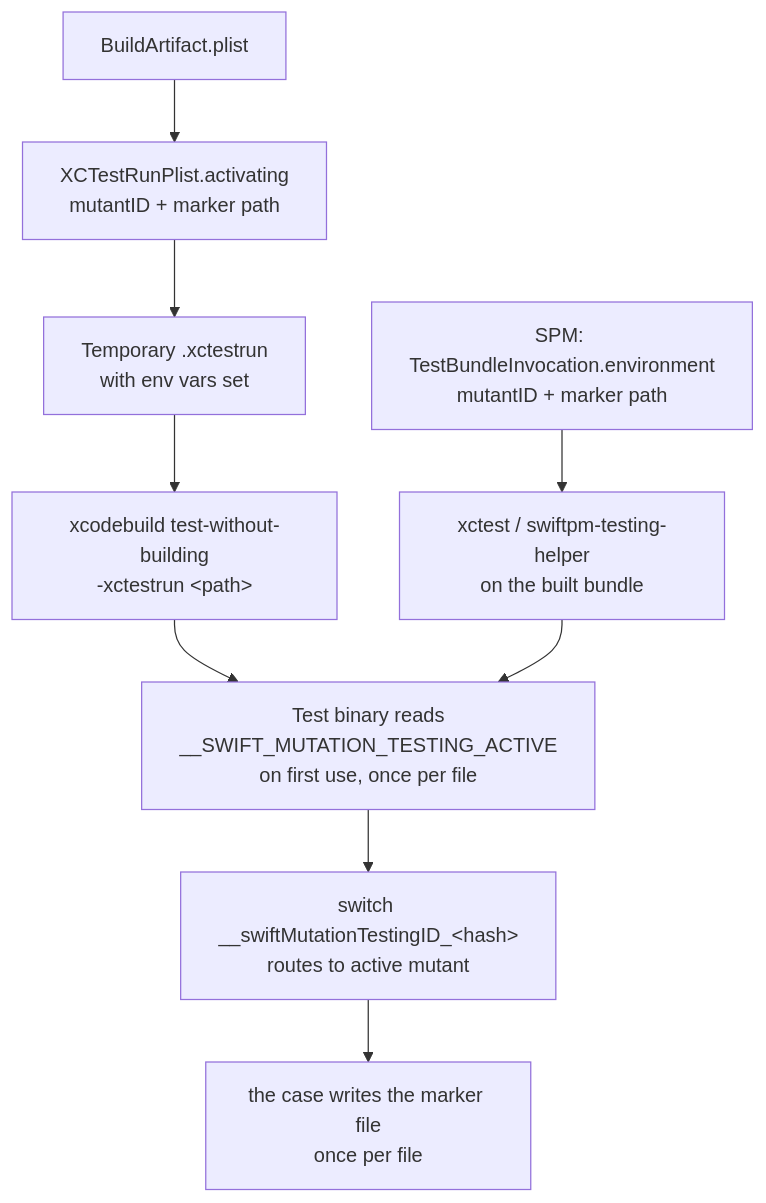
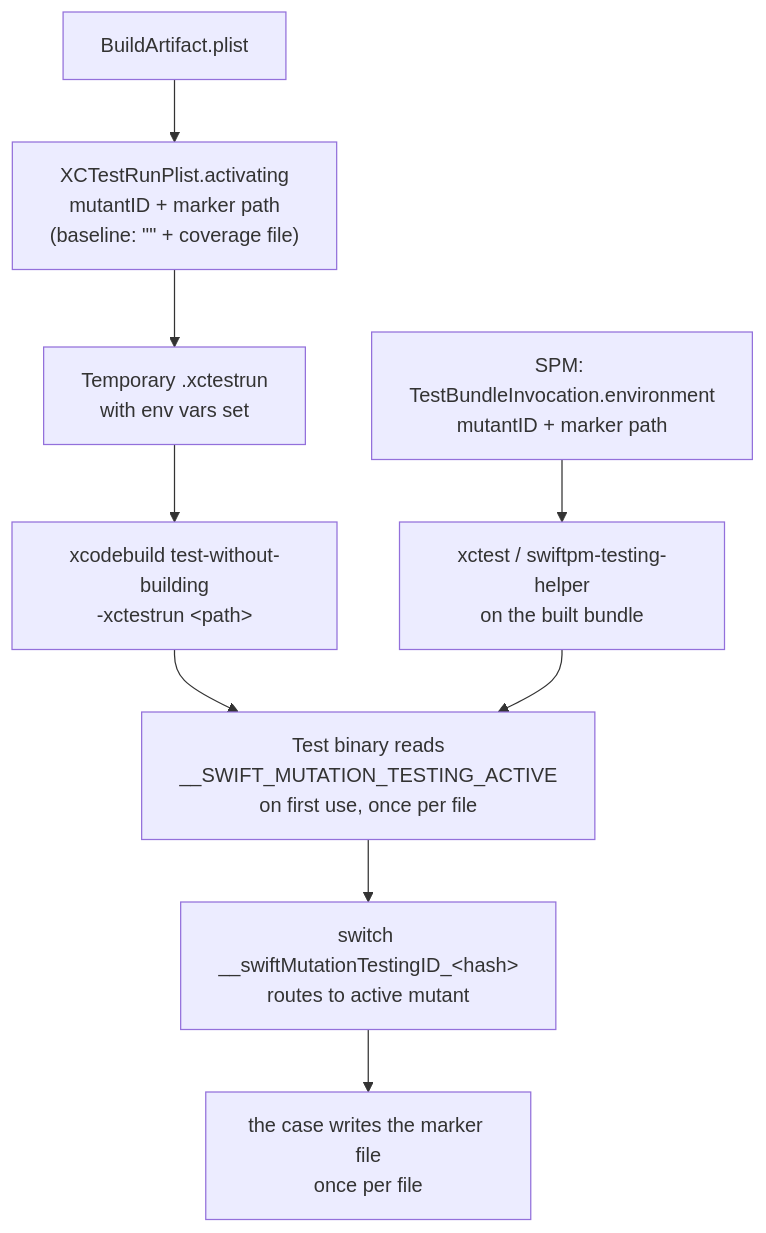
The second of 2 diagrams in Docs/Architecture/05-schematization.md (ericodx/swift-mutation-testing), drawn with Mermaid before and after one commit. The commit also changed other lines of this file and 6 other files, not shown here.

Commit message:
docs: check the architecture documents against the code and redraw the module map, entry point, pipeline and execution diagrams

````diff
--- a/Docs/Architecture/05-schematization.md
+++ b/Docs/Architecture/05-schematization.md
@@ -114,11 +150,11 @@
 ```mermaid
 flowchart TD
-    PLIST[BuildArtifact.plist] --> ACT["XCTestRunPlist.activating\nmutantID + marker path"]
+    PLIST[BuildArtifact.plist] --> ACT["XCTestRunPlist.activating\nmutantID + marker path\n(baseline: #quot;#quot; + coverage file)"]
     ACT --> XCTESTRUN["Temporary .xctestrun\nwith env vars set"]
     XCTESTRUN --> XCB["xcodebuild test-without-building\n-xctestrun #lt;path#gt;"]
     SPM["SPM: TestBundleInvocation.environment\nmutantID + marker path"] --> BUNDLE["xctest / swiftpm-testing-helper\non the built bundle"]
     XCB --> BINARY["Test binary reads\n__SWIFT_MUTATION_TESTING_ACTIVE\non first use, once per file"]
     BUNDLE --> BINARY
     BINARY --> SWITCH["switch __swiftMutationTestingID_#lt;hash#gt;\nroutes to active mutant"]
     SWITCH --> MARK["the case writes the marker file\nonce per file"]
 ```
````
